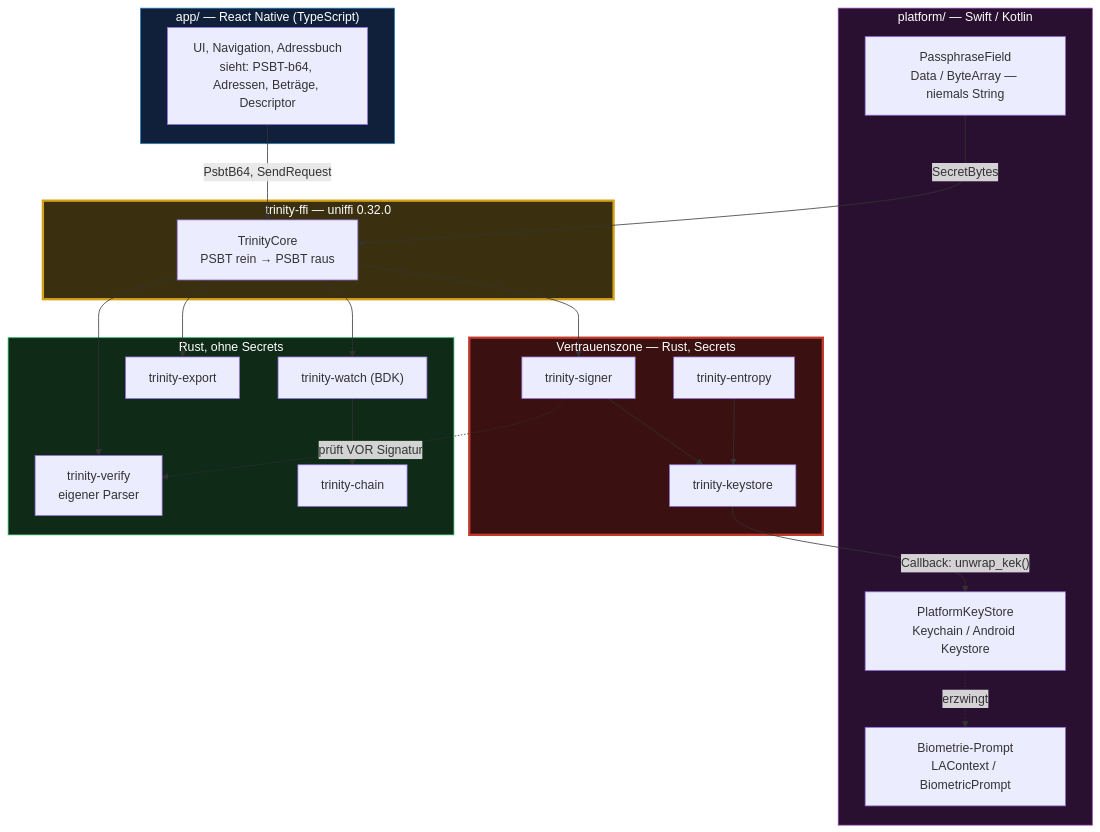
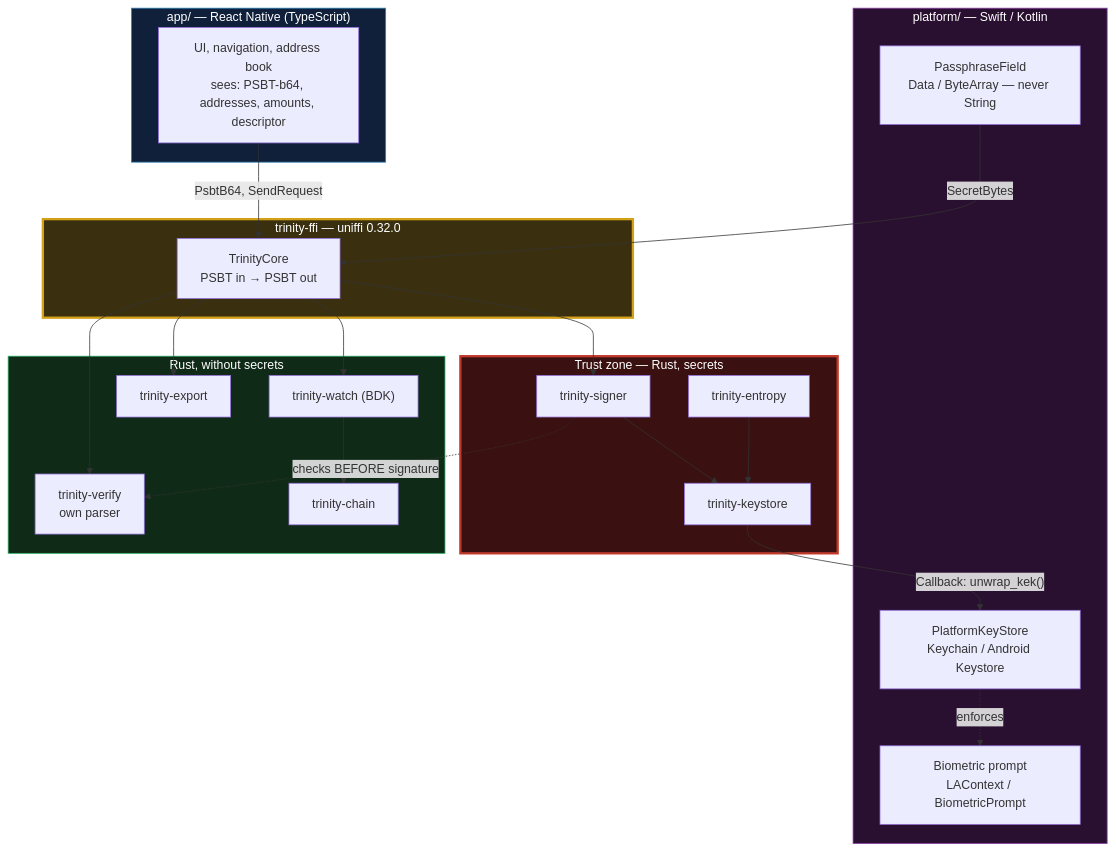
The first of 9 diagrams in docs/SPECIFICATION.md (joshuakrueger-dfx/Bitcoin-Trinity), drawn with Mermaid before and after one commit. The commit also changed other lines of this file and 28 other files, not shown here.

````diff
--- a/docs/SPECIFICATION.md
+++ b/docs/SPECIFICATION.md
@@ -246,48 +246,48 @@
 ```mermaid
 flowchart TB
     subgraph JS["app/ — React Native (TypeScript)"]
-        UI["UI, Navigation, Adressbuch<br/>sieht: PSBT-b64, Adressen, Beträge, Descriptor"]
+        UI["UI, navigation, address book<br/>sees: PSBT-b64, addresses, amounts, descriptor"]
     end
 
     subgraph NAT["platform/ — Swift / Kotlin"]
-        PF["PassphraseField<br/>Data / ByteArray — niemals String"]
+        PF["PassphraseField<br/>Data / ByteArray — never String"]
         PKS["PlatformKeyStore<br/>Keychain / Android Keystore"]
-        BIO["Biometrie-Prompt<br/>LAContext / BiometricPrompt"]
+        BIO["Biometric prompt<br/>LAContext / BiometricPrompt"]
     end
 
     subgraph FFI["trinity-ffi — uniffi 0.32.0"]
-        FACADE["TrinityCore<br/>PSBT rein → PSBT raus"]
+        FACADE["TrinityCore<br/>PSBT in → PSBT out"]
     end
 
-    subgraph SECRET["Vertrauenszone — Rust, Secrets"]
+    subgraph SECRET["Trust zone — Rust, secrets"]
         ENT["trinity-entropy"]
         KS["trinity-keystore"]
         SIG["trinity-signer"]
     end
 
-    subgraph CLEAN["Rust, ohne Secrets"]
+    subgraph CLEAN["Rust, without secrets"]
         WATCH["trinity-watch (BDK)"]
-        VER["trinity-verify<br/>eigener Parser"]
+        VER["trinity-verify<br/>own parser"]
         CHAIN["trinity-chain"]
         EXP["trinity-export"]
     end
 
     UI -->|"PsbtB64, SendRequest"| FACADE
     PF -->|"SecretBytes"| FACADE
     FACADE --> SIG
     FACADE --> WATCH
     FACADE --> VER
     FACADE --> EXP
     SIG --> KS
     KS -->|"Callback: unwrap_kek()"| PKS
-    PKS -.->|"erzwingt"| BIO
+    PKS -.->|"enforces"| BIO
     ENT --> KS
     WATCH --> CHAIN
-    SIG -.->|"prüft VOR Signatur"| VER
+    SIG -.->|"checks BEFORE signature"| VER
 
     style SECRET fill:#3a1010,stroke:#c0392b,stroke-width:3px,color:#fff
     style FFI fill:#3a3010,stroke:#d4a017,stroke-width:3px,color:#fff
     style JS fill:#10203a,stroke:#2980b9,color:#fff
     style CLEAN fill:#102a18,stroke:#27ae60,color:#fff
     style NAT fill:#2a1030,stroke:#8e44ad,color:#fff
 ```
````
